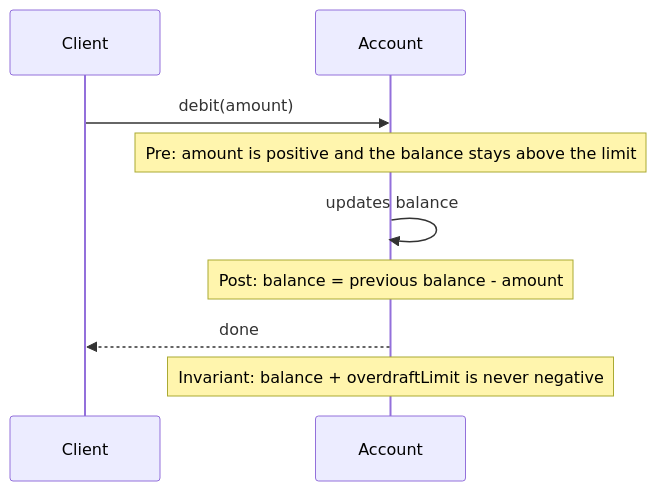
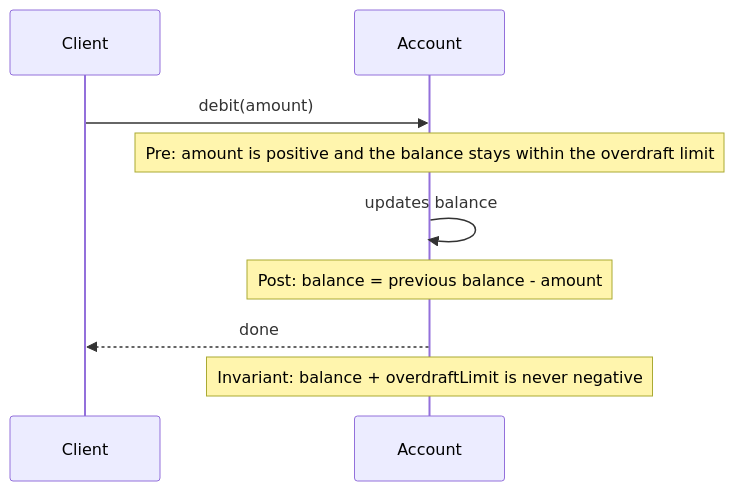
One commit to alancesar/design-patterns changed the diagram in i18n/en/docusaurus-plugin-content-docs/current/design/ddd/supple-design/assertions.md. Above: the diagram before and after it, drawn with Mermaid. The commit also changed other lines of this file and 18 other files, not shown here.

````diff
--- a/i18n/en/docusaurus-plugin-content-docs/current/design/ddd/supple-design/assertions.md
+++ b/i18n/en/docusaurus-plugin-content-docs/current/design/ddd/supple-design/assertions.md
@@ -54,11 +54,11 @@
 ```mermaid
 sequenceDiagram
     participant C as Client
     participant A as Account
     C->>A: debit(amount)
-    Note over A: Pre: amount is positive and the balance stays above the limit
+    Note over A: Pre: amount is positive and the balance stays within the overdraft limit
     A->>A: updates balance
     Note over A: Post: balance = previous balance - amount
     A-->>C: done
     Note over A: Invariant: balance + overdraftLimit is never negative
 ```
````
